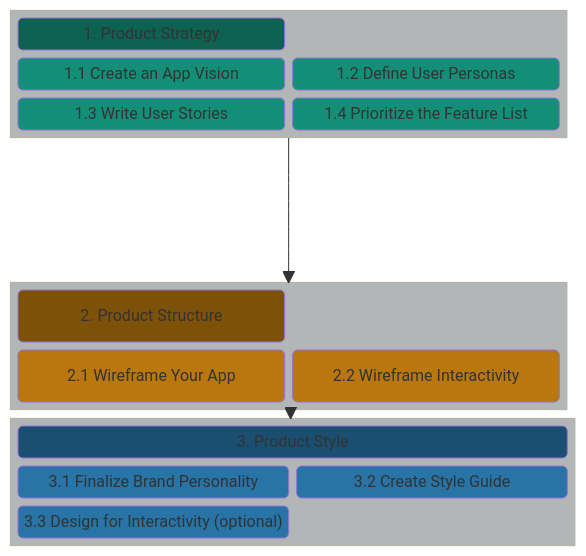
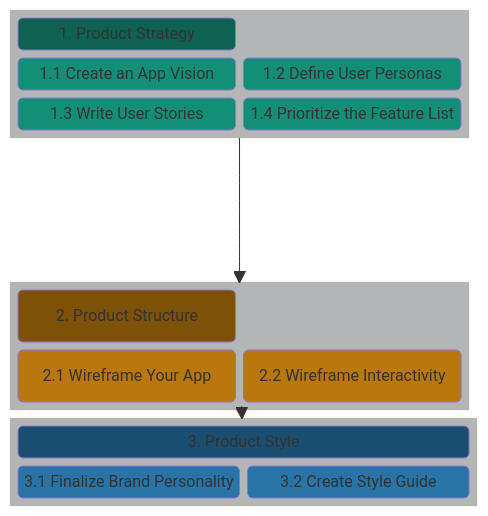
Before and after one commit to chingu-voyages/Handbook: the first of 3 diagrams in docs/resources/techresources/uiux.md, drawn with Mermaid. The commit also changed other lines of this file, not shown here.

````diff
--- a/docs/resources/techresources/uiux.md
+++ b/docs/resources/techresources/uiux.md
@@ -15,46 +15,44 @@
 ```mermaid
 block-beta
 columns 1
   block:STRATEGY
     columns 2
     A("1. Product Strategy"):2
     B("1.1 Create an App Vision")
     C("1.2 Define User Personas")
     D("1.3 Write User Stories")
     E("1.4 Prioritize the Feature List")
   end
   space
   block:STRUCTURE
     columns 2
     G("2. Product Structure"):2
     J("2.1 Wireframe Your App")
     L("2.2 Wireframe Interactivity")
   end
   STRATEGY --> STRUCTURE
   block:STYLE
     columns 2
     M("3. Product Style"):2
     N("3.1 Finalize Brand Personality")
     O("3.2 Create Style Guide")
-    Q("3.3 Design for Interactivity (optional)")
   end
   STRUCTURE --> STYLE
   style A fill:#0e6251
   style B fill:#148f77
   style C fill:#148f77
   style D fill:#148f77
   style E fill:#148f77
 
   style G fill:#7e5109
   style J fill:#b9770e
   style L fill:#b9770e
 
   style M fill:#1b4f72
   style N fill:#2874a6
   style O fill:#2874a6
-  style Q fill:#2874a6
 
   style STRATEGY fill:#b3b6b7
   style STRUCTURE fill:#b3b6b7
   style STYLE fill:#b3b6b7
 ```
````
